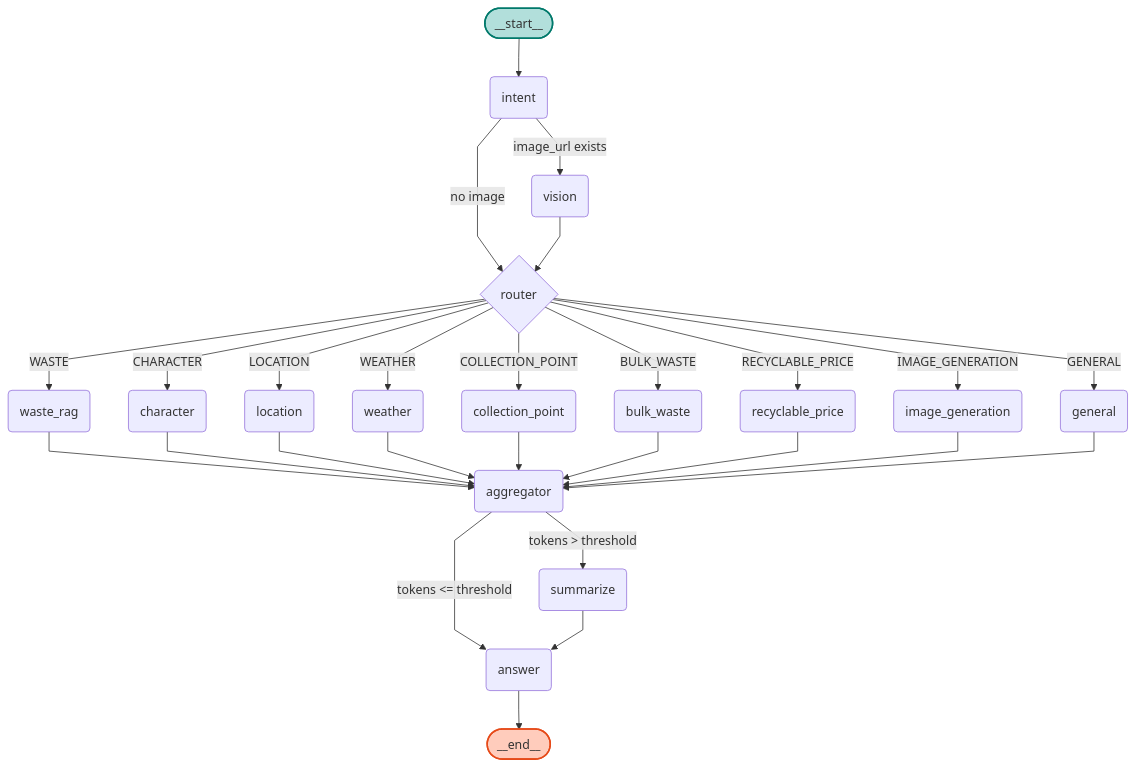
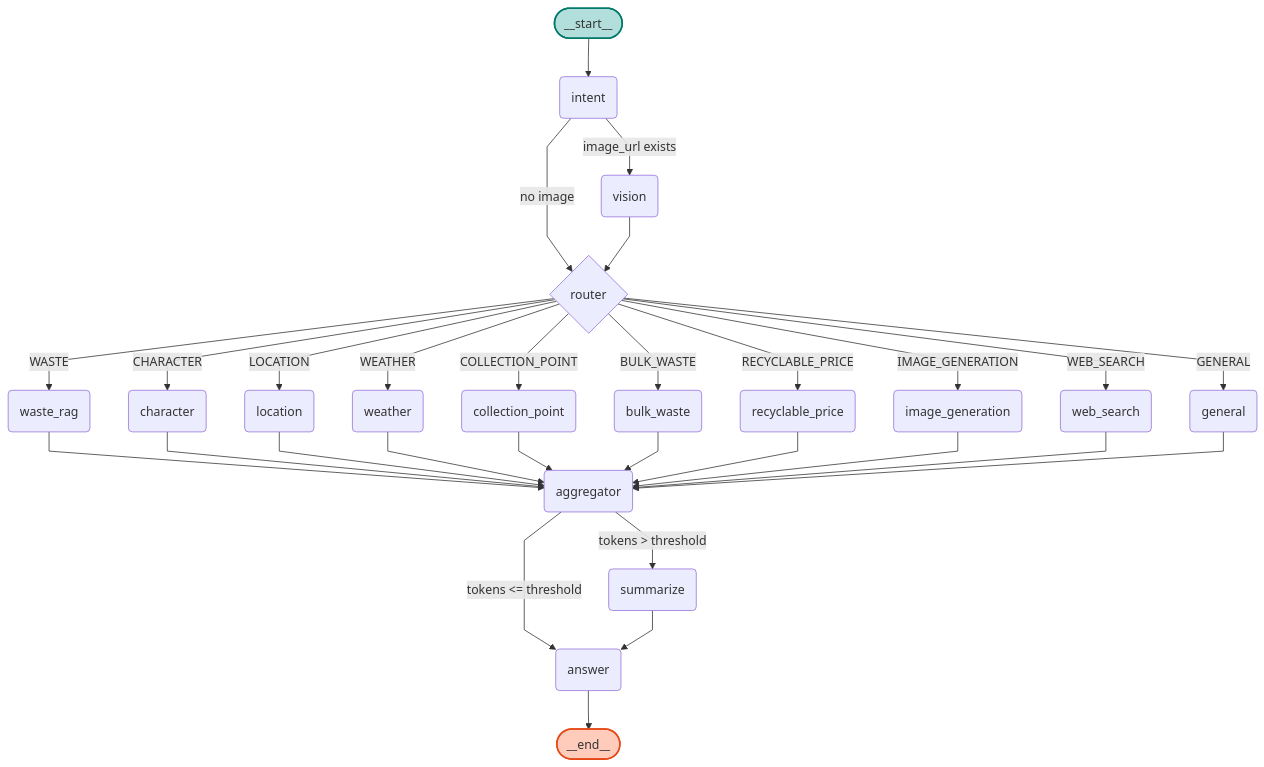
The first of 6 diagrams in README.md (SeSACTHON/backend), drawn with Mermaid before and after one commit. The commit also changed other lines of this file, not shown here.

````diff
--- a/README.md
+++ b/README.md
@@ -150,51 +152,54 @@
 ```mermaid
 %%{init: {'flowchart': {'curve': 'linear'}}}%%
 graph TD;
     __start__([<p>__start__</p>]):::first
     intent(intent)
     vision(vision)
     router{router}
     waste_rag(waste_rag)
     character(character)
     location(location)
     weather(weather)
     collection_point(collection_point)
     bulk_waste(bulk_waste)
     recyclable_price(recyclable_price)
     image_generation(image_generation)
+    web_search(web_search)
     general(general)
     aggregator(aggregator)
     summarize(summarize)
     answer(answer)
     __end__([<p>__end__</p>]):::last
 
     __start__ --> intent;
     intent -->|image_url exists| vision;
     intent -->|no image| router;
     vision --> router;
     router -->|WASTE| waste_rag;
     router -->|CHARACTER| character;
     router -->|LOCATION| location;
     router -->|WEATHER| weather;
     router -->|COLLECTION_POINT| collection_point;
     router -->|BULK_WASTE| bulk_waste;
     router -->|RECYCLABLE_PRICE| recyclable_price;
     router -->|IMAGE_GENERATION| image_generation;
+    router -->|WEB_SEARCH| web_search;
     router -->|GENERAL| general;
     waste_rag --> aggregator;
     character --> aggregator;
     location --> aggregator;
     weather --> aggregator;
     collection_point --> aggregator;
     bulk_waste --> aggregator;
     recyclable_price --> aggregator;
     image_generation --> aggregator;
+    web_search --> aggregator;
     general --> aggregator;
     aggregator -->|tokens > threshold| summarize;
     aggregator -->|tokens <= threshold| answer;
     summarize --> answer;
     answer --> __end__;
 
     classDef first fill:#b2dfdb,stroke:#00796b,stroke-width:2px
     classDef last fill:#ffccbc,stroke:#e64a19,stroke-width:2px
 ```
````
